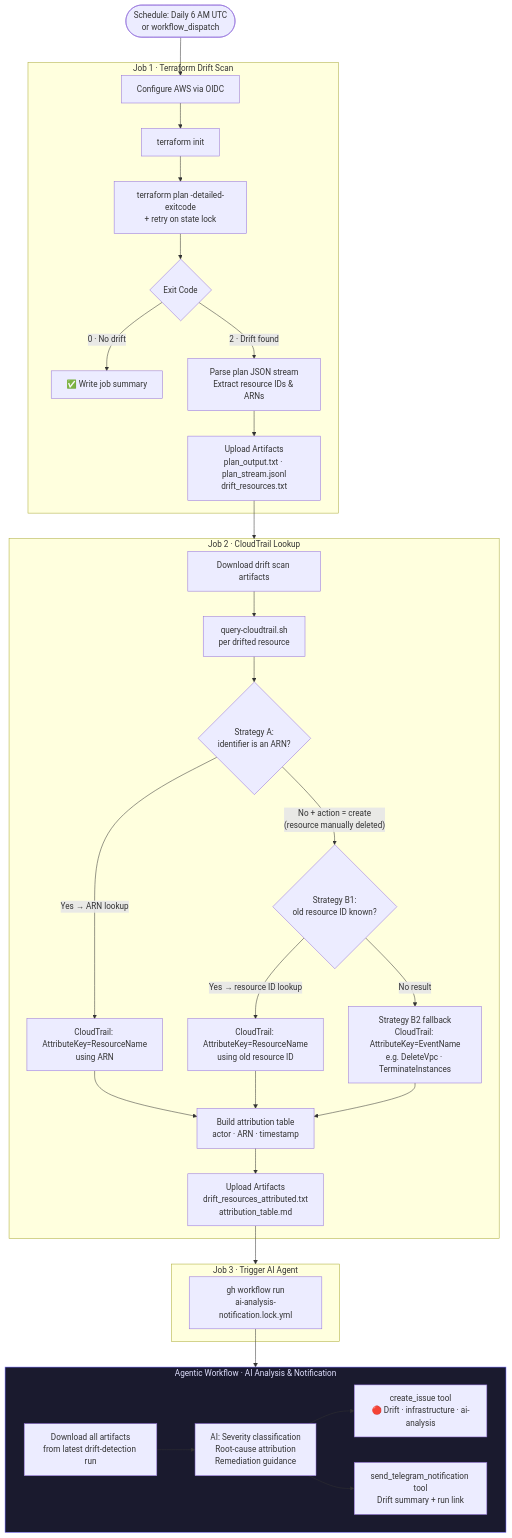
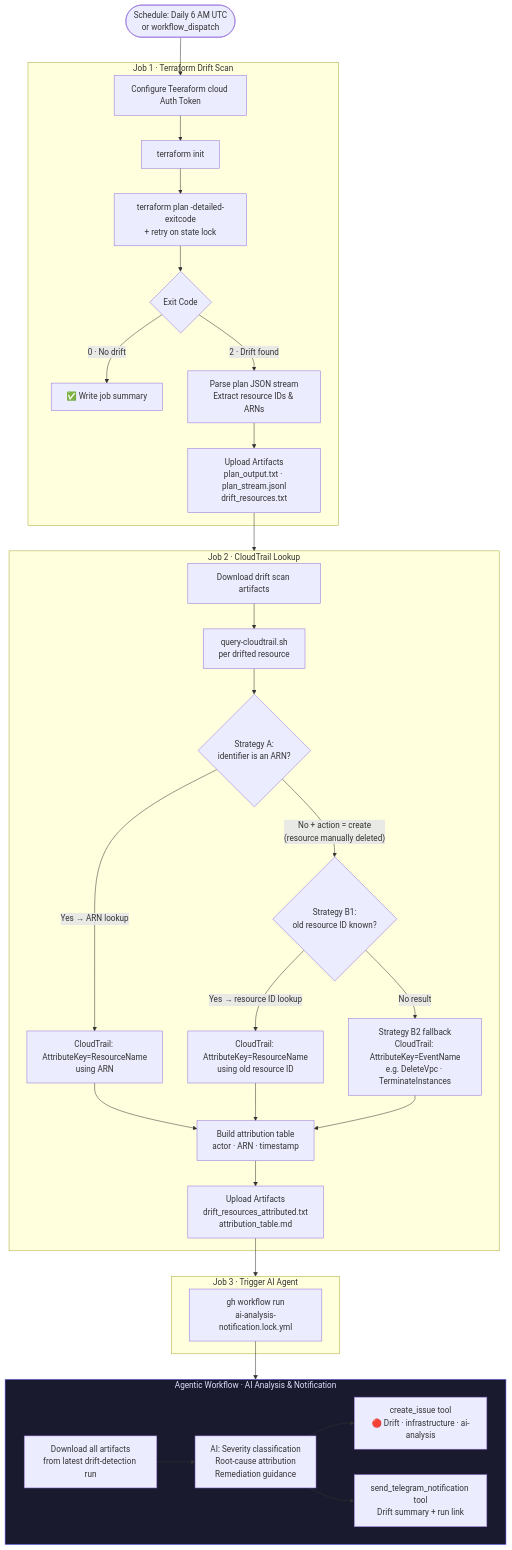
Before and after one commit to santhosh9349/gh_aw_drift_detection: the diagram in README.md, drawn with Mermaid.

Commit message:
Readme correction

````diff
--- a/README.md
+++ b/README.md
@@ -70,42 +70,42 @@
 ```mermaid
 flowchart TD
     A([Schedule: Daily 6 AM UTC\nor workflow_dispatch]) --> B
 
     subgraph JOB1["Job 1 · Terraform Drift Scan"]
-        B[Configure AWS via OIDC] --> C[terraform init]
+        B[Configure Teeraform cloud Auth Token] --> C[terraform init]
         C --> D["terraform plan -detailed-exitcode\n+ retry on state lock"]
         D --> E{Exit Code}
         E -- "0 · No drift" --> F[✅ Write job summary]
         E -- "2 · Drift found" --> G[Parse plan JSON stream\nExtract resource IDs & ARNs]
         G --> H[Upload Artifacts\nplan_output.txt · plan_stream.jsonl\ndrift_resources.txt]
     end
 
     H --> JOB2
 
     subgraph JOB2["Job 2 · CloudTrail Lookup"]
         I[Download drift scan artifacts] --> J[query-cloudtrail.sh\nper drifted resource]
         J --> KA{"Strategy A:\nidentifier is an ARN?"}
         KA -- "Yes → ARN lookup" --> L[CloudTrail: AttributeKey=ResourceName\nusing ARN]
         KA -- "No + action = create\n(resource manually deleted)" --> KB{"Strategy B1:\nold resource ID known?"}
         KB -- "Yes → resource ID lookup" --> M[CloudTrail: AttributeKey=ResourceName\nusing old resource ID]
         KB -- "No result" --> MC[Strategy B2 fallback\nCloudTrail: AttributeKey=EventName\ne.g. DeleteVpc · TerminateInstances]
         L & M & MC --> N[Build attribution table\nactor · ARN · timestamp]
         N --> O[Upload Artifacts\ndrift_resources_attributed.txt\nattribution_table.md]
     end
 
     O --> JOB3
 
     subgraph JOB3["Job 3 · Trigger AI Agent"]
         P["gh workflow run\nai-analysis-notification.lock.yml"]
     end
 
     P --> JOB4
 
     subgraph JOB4["Agentic Workflow · AI Analysis & Notification"]
         Q[Download all artifacts\nfrom latest drift-detection run] --> R[AI: Severity classification\nRoot-cause attribution\nRemediation guidance]
         R --> S[create_issue tool\n🔴 Drift · infrastructure · ai-analysis]
         R --> T[send_telegram_notification tool\nDrift summary + run link]
     end
 
     style JOB4 fill:#1a1a2e,color:#e0e0ff,stroke:#6c63ff
 ```
````
